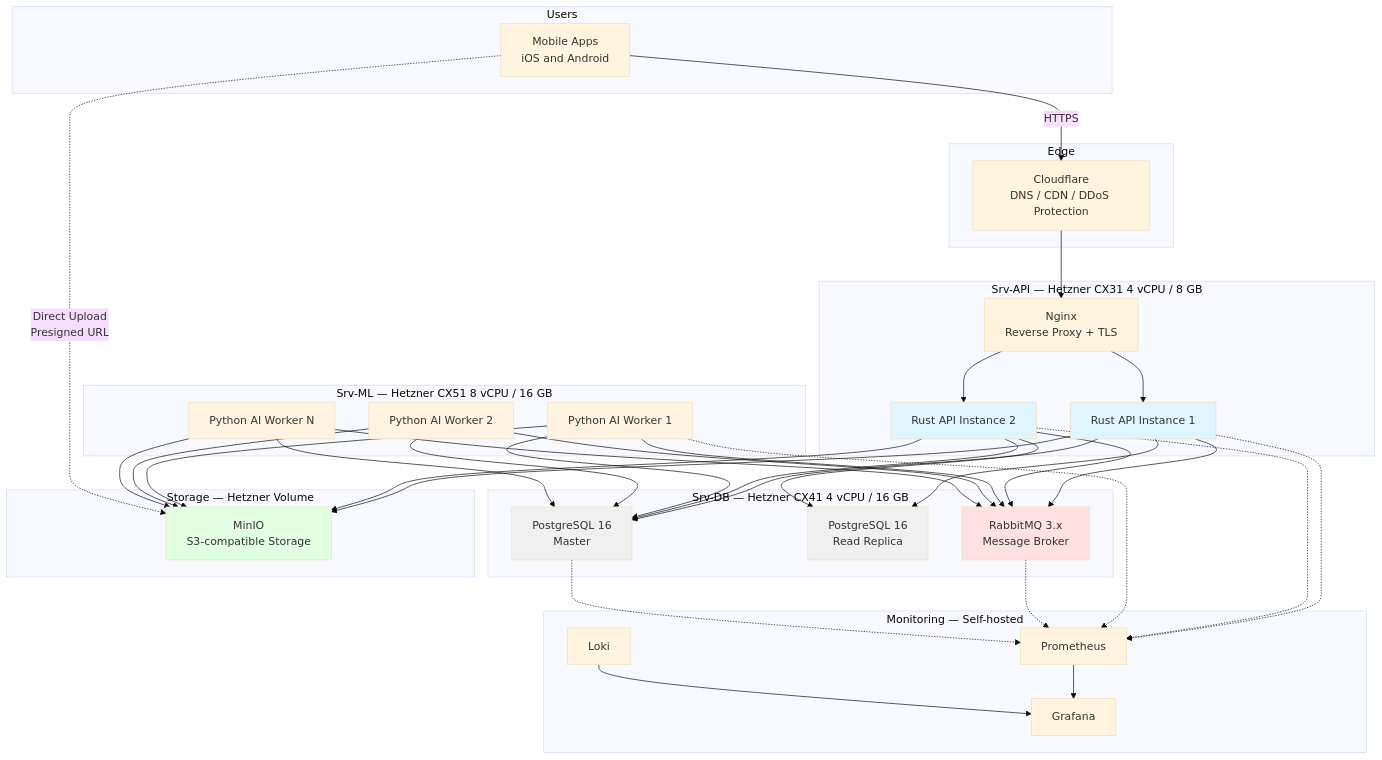
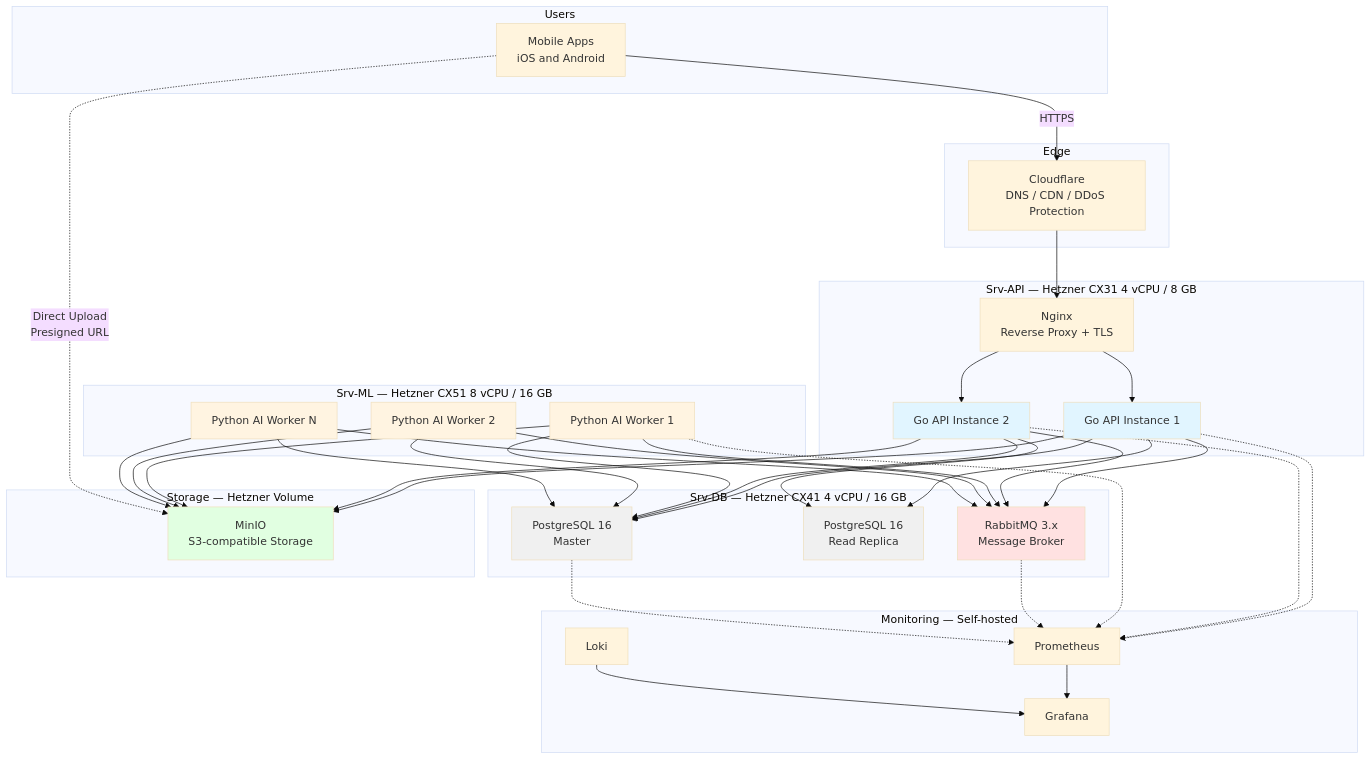
Before and after one commit to Ascension-EIP/Ascension: the first of 2 diagrams in docs/20-engineering/developer_guide/architecture/deployment/production.md, drawn with Mermaid (base theme). The commit also changed other lines of this file and 15 other files, not shown here.

First line of the commit message:
refactor(server): migrate api gateway from rust to go

````diff
--- a/docs/20-engineering/developer_guide/architecture/deployment/production.md
+++ b/docs/20-engineering/developer_guide/architecture/deployment/production.md
@@ -79,82 +79,82 @@
 ```mermaid
 graph TB
     subgraph "Users"
         Mobile[Mobile Apps<br/>iOS and Android]
     end
 
     subgraph "Edge"
         CF[Cloudflare<br/>DNS / CDN / DDoS Protection]
     end
 
     subgraph "Srv-API — Hetzner CX31 4 vCPU / 8 GB"
         Nginx[Nginx<br/>Reverse Proxy + TLS]
-        API1[Rust API Instance 1]
-        API2[Rust API Instance 2]
+        API1[Go API Instance 1]
+        API2[Go API Instance 2]
     end
 
     subgraph "Srv-DB — Hetzner CX41 4 vCPU / 16 GB"
         PG_Master[PostgreSQL 16<br/>Master]
         PG_Replica[PostgreSQL 16<br/>Read Replica]
         RabbitMQ[RabbitMQ 3.x<br/>Message Broker]
     end
 
     subgraph "Srv-ML — Hetzner CX51 8 vCPU / 16 GB"
         W1[Python AI Worker 1]
         W2[Python AI Worker 2]
         Wn[Python AI Worker N]
     end
 
     subgraph "Storage — Hetzner Volume"
         MinIO[MinIO<br/>S3-compatible Storage]
     end
 
     subgraph "Monitoring — Self-hosted"
         Prom[Prometheus]
         Grafana[Grafana]
         Loki[Loki]
     end
 
     Mobile -->|HTTPS| CF
     CF --> Nginx
     Nginx --> API1
     Nginx --> API2
 
     API1 --> PG_Master
     API2 --> PG_Master
     API1 --> PG_Replica
     API2 --> PG_Replica
     API1 --> RabbitMQ
     API2 --> RabbitMQ
     API1 --> MinIO
     API2 --> MinIO
 
     W1 --> RabbitMQ
     W2 --> RabbitMQ
     Wn --> RabbitMQ
     W1 --> MinIO
     W2 --> MinIO
     Wn --> MinIO
     W1 --> PG_Master
     W2 --> PG_Master
     Wn --> PG_Master
 
     Mobile -.->|Direct Upload<br/>Presigned URL| MinIO
 
     API1 -.-> Prom
     API2 -.-> Prom
     W1 -.-> Prom
     RabbitMQ -.-> Prom
     PG_Master -.-> Prom
     Prom --> Grafana
     Loki --> Grafana
 
     style API1 fill:#e1f5ff
     style API2 fill:#e1f5ff
     style W1 fill:#fff4e1
     style W2 fill:#fff4e1
     style Wn fill:#fff4e1
     style PG_Master fill:#f0f0f0
     style PG_Replica fill:#f0f0f0
     style RabbitMQ fill:#ffe1e1
     style MinIO fill:#e1ffe1
 ```
````
